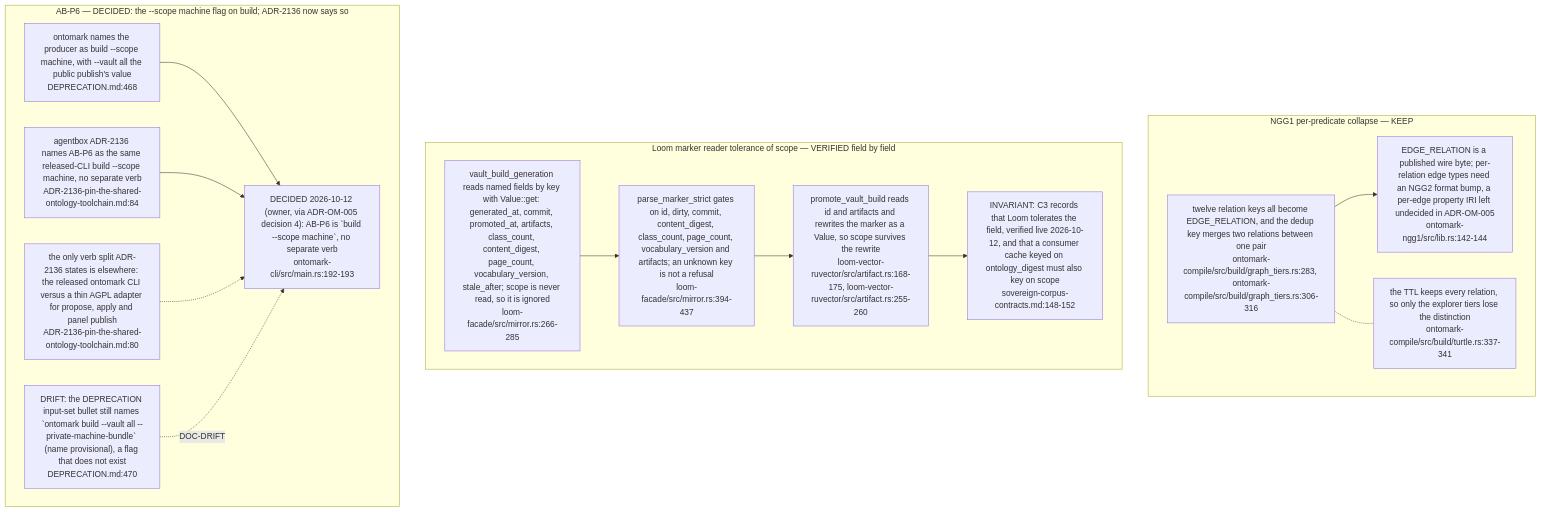
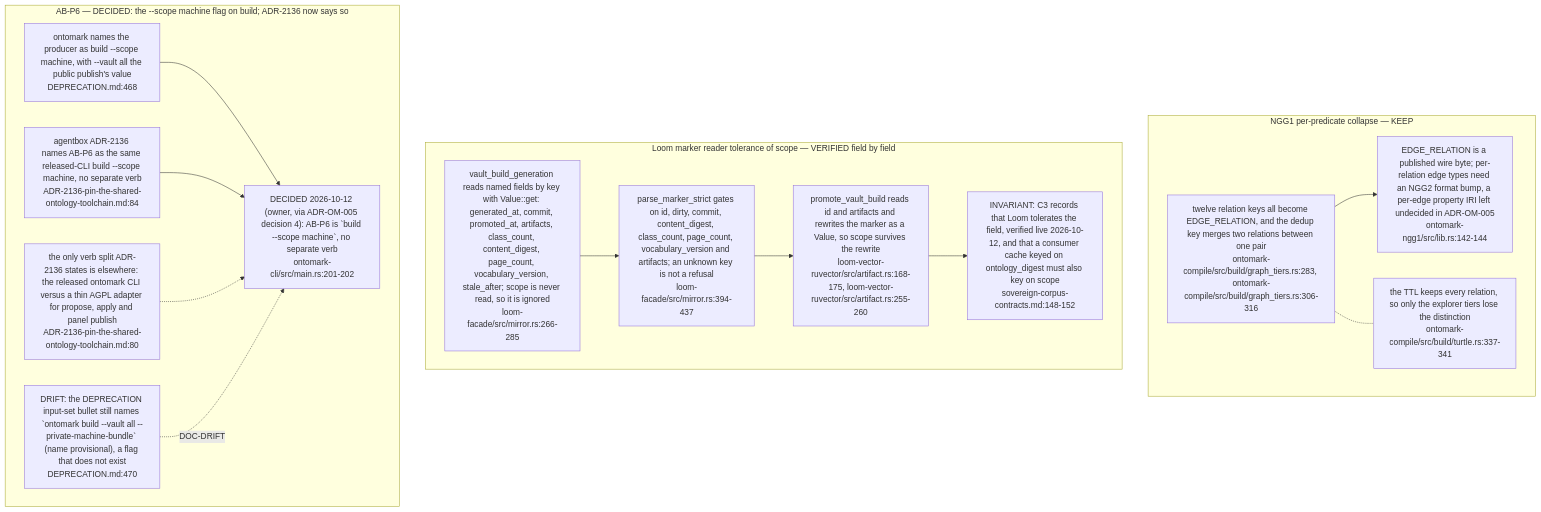
The fifth of 5 diagrams in docs/diagrams/ontomark/06-machine-scope-and-ingest-contract.md (DreamLab-AI/VisionFlow), drawn with Mermaid before and after one commit. The commit also changed other lines of this file and 91 other files, not shown here.

````diff
--- a/docs/diagrams/ontomark/06-machine-scope-and-ingest-contract.md
+++ b/docs/diagrams/ontomark/06-machine-scope-and-ingest-contract.md
@@ -166,28 +166,28 @@
 ```mermaid
 flowchart TB
     subgraph NGG["NGG1 per-predicate collapse — KEEP"]
         N1["twelve relation keys all become EDGE_RELATION, and the dedup key merges two relations between one pair<br/>ontomark-compile/src/build/graph_tiers.rs:283, ontomark-compile/src/build/graph_tiers.rs:306-316"]
         N2["EDGE_RELATION is a published wire byte; per-relation edge types need an NGG2 format bump, a per-edge property IRI left undecided in ADR-OM-005<br/>ontomark-ngg1/src/lib.rs:142-144"]
         N3["the TTL keeps every relation, so only the explorer tiers lose the distinction<br/>ontomark-compile/src/build/turtle.rs:337-341"]
         N1 --> N2
         N1 -.- N3
     end
     subgraph LOOMR["Loom marker reader tolerance of scope — VERIFIED field by field"]
         L1["vault_build_generation reads named fields by key with Value::get: generated_at, commit, promoted_at, artifacts, class_count, content_digest, page_count, vocabulary_version, stale_after; scope is never read, so it is ignored<br/>loom-facade/src/mirror.rs:266-285"]
         L2["parse_marker_strict gates on id, dirty, commit, content_digest, class_count, page_count, vocabulary_version and artifacts; an unknown key is not a refusal<br/>loom-facade/src/mirror.rs:394-437"]
         L3["promote_vault_build reads id and artifacts and rewrites the marker as a Value, so scope survives the rewrite<br/>loom-vector-ruvector/src/artifact.rs:168-175, loom-vector-ruvector/src/artifact.rs:255-260"]
         L4["INVARIANT: C3 records that Loom tolerates the field, verified live 2026-10-12, and that a consumer cache keyed on ontology_digest must also key on scope<br/>sovereign-corpus-contracts.md:148-152"]
         L1 --> L2 --> L3 --> L4
     end
     subgraph ABP6["AB-P6 — DECIDED: the --scope machine flag on build; ADR-2136 now says so"]
         A1["ontomark names the producer as build --scope machine, with --vault all the public publish's value<br/>DEPRECATION.md:468"]
         A2["agentbox ADR-2136 names AB-P6 as the same released-CLI build --scope machine, no separate verb<br/>ADR-2136-pin-the-shared-ontology-toolchain.md:84"]
         A3["the only verb split ADR-2136 states is elsewhere: the released ontomark CLI versus a thin AGPL adapter for propose, apply and panel publish<br/>ADR-2136-pin-the-shared-ontology-toolchain.md:80"]
-        A4["DECIDED 2026-10-12 (owner, via ADR-OM-005 decision 4): AB-P6 is `build --scope machine`, no separate verb<br/>ontomark-cli/src/main.rs:192-193"]
+        A4["DECIDED 2026-10-12 (owner, via ADR-OM-005 decision 4): AB-P6 is `build --scope machine`, no separate verb<br/>ontomark-cli/src/main.rs:201-202"]
         A5["DRIFT: the DEPRECATION input-set bullet still names `ontomark build --vault all --private-machine-bundle` (name provisional), a flag that does not exist<br/>DEPRECATION.md:470"]
         A1 --> A4
         A2 --> A4
         A3 -.-> A4
         A5 -.->|DOC-DRIFT| A4
     end
 ```
````
